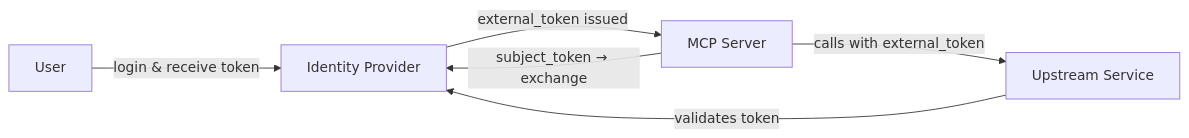
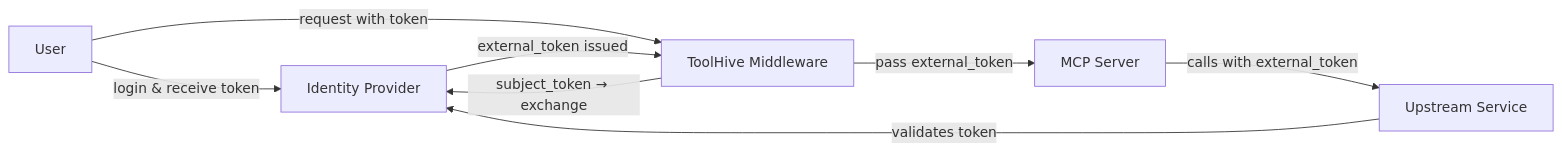
One commit to stacklok/docs-website changed the first of 3 diagrams in docs/toolhive/concepts/backend-auth.mdx. Above: the diagram before and after it, drawn with Mermaid. The commit also changed other lines of this file, not shown here.

````diff
--- a/docs/toolhive/concepts/backend-auth.mdx
+++ b/docs/toolhive/concepts/backend-auth.mdx
@@ -82,13 +82,16 @@
 ```mermaid
 flowchart LR
     User[User]
     IDP[Identity Provider]
+    ToolHive[ToolHive Middleware]
     MCP[MCP Server]
     Upstream[Upstream Service]
 
     User -->|login & receive token| IDP
-    MCP -->|subject_token → exchange| IDP
-    IDP -->|external_token issued| MCP
+    User -->|request with token| ToolHive
+    ToolHive -->|subject_token → exchange| IDP
+    IDP -->|external_token issued| ToolHive
+    ToolHive -->|pass external_token| MCP
     MCP -->|calls with external_token| Upstream
     Upstream -->|validates token| IDP
 ```
````
